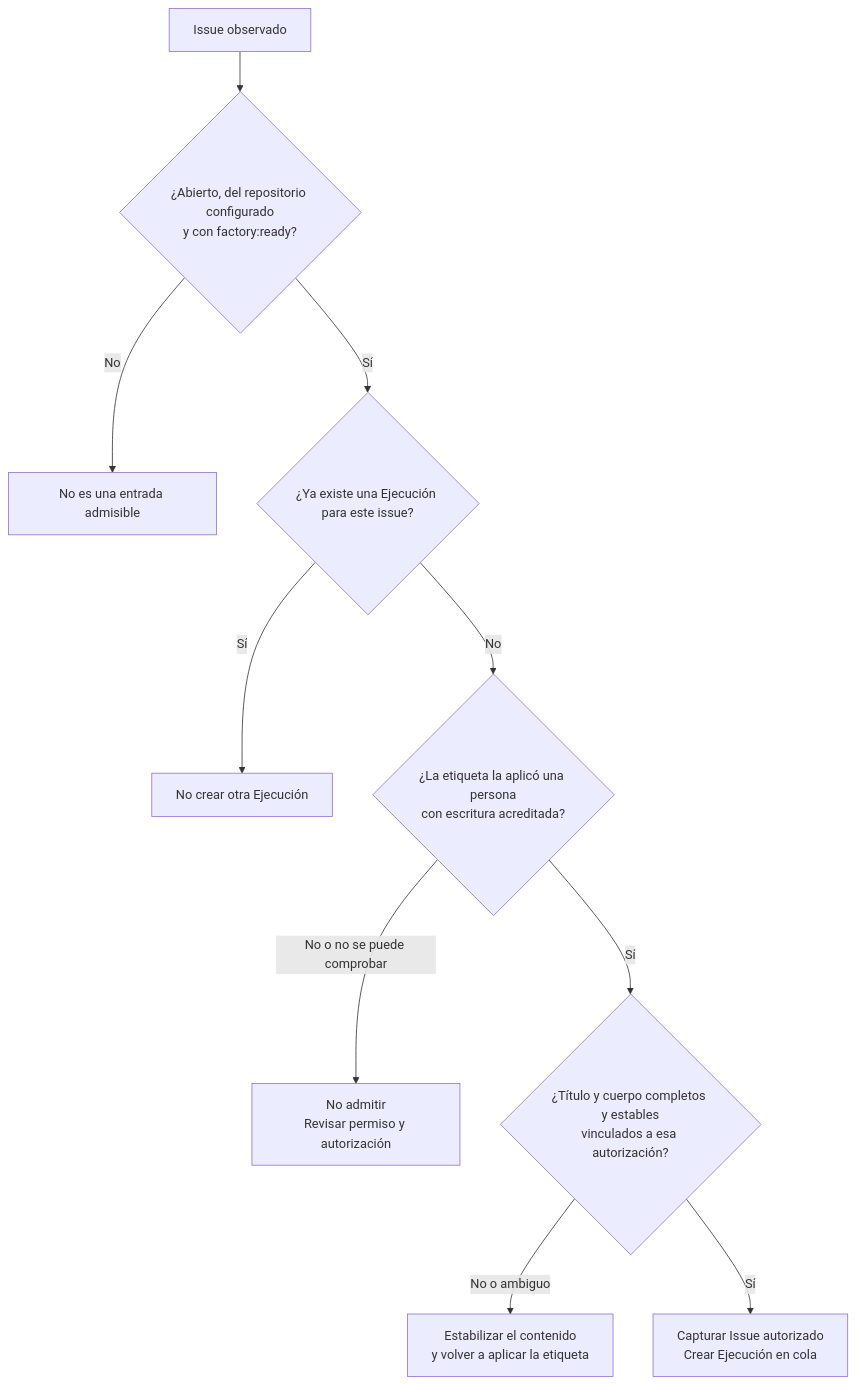
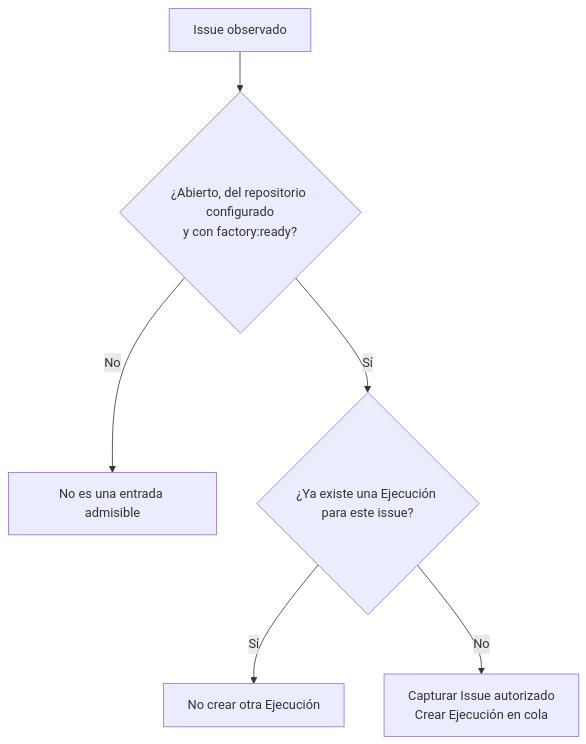
Before and after one commit to rubenbp/app-foundry: the first of 3 diagrams in docs/manual/02-issue-y-trabajo.md, drawn with Mermaid. The commit also changed other lines of this file and 31 other files, not shown here.

````diff
--- a/docs/manual/02-issue-y-trabajo.md
+++ b/docs/manual/02-issue-y-trabajo.md
@@ -21,12 +21,8 @@
 ```mermaid
 flowchart TD
     I["Issue observado"] --> R{"¿Abierto, del repositorio configurado<br/>y con factory:ready?"}
     R -->|"No"| O["No es una entrada admisible"]
     R -->|"Sí"| U{"¿Ya existe una Ejecución para este issue?"}
     U -->|"Sí"| D["No crear otra Ejecución"]
-    U -->|"No"| P{"¿La etiqueta la aplicó una persona<br/>con escritura acreditada?"}
-    P -->|"No o no se puede comprobar"| N["No admitir<br/>Revisar permiso y autorización"]
-    P -->|"Sí"| C{"¿Título y cuerpo completos y estables<br/>vinculados a esa autorización?"}
-    C -->|"No o ambiguo"| E["Estabilizar el contenido<br/>y volver a aplicar la etiqueta"]
-    C -->|"Sí"| A["Capturar Issue autorizado<br/>Crear Ejecución en cola"]
+    U -->|"No"| A["Capturar Issue autorizado<br/>Crear Ejecución en cola"]
 ```
````
